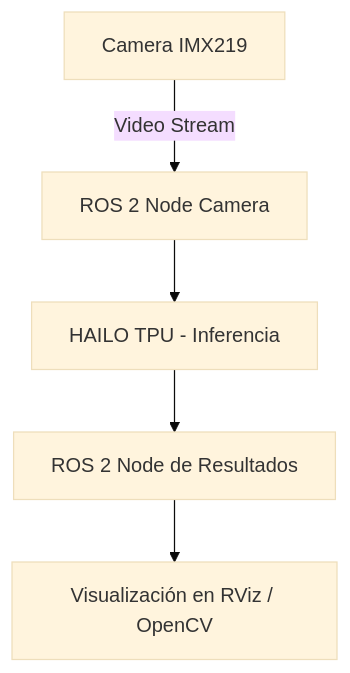
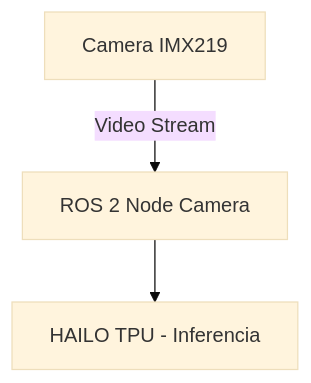
One commit to IvanMeloFGLab/I-Manual-Pizzlebot-I changed the diagram in README.md. Above: the diagram before and after it, drawn with Mermaid (base theme).

Commit message:
Update README.md
chat

````diff
--- a/README.md
+++ b/README.md
@@ -62,7 +62,5 @@
 ```mermaid
 flowchart TD
     A[Camera IMX219] -->|Video Stream| B[ROS 2 Node Camera]
     B --> C[HAILO TPU - Inferencia]
-    C --> D[ROS 2 Node de Resultados]
-    D --> E[Visualización en RViz / OpenCV]
 ```
````
